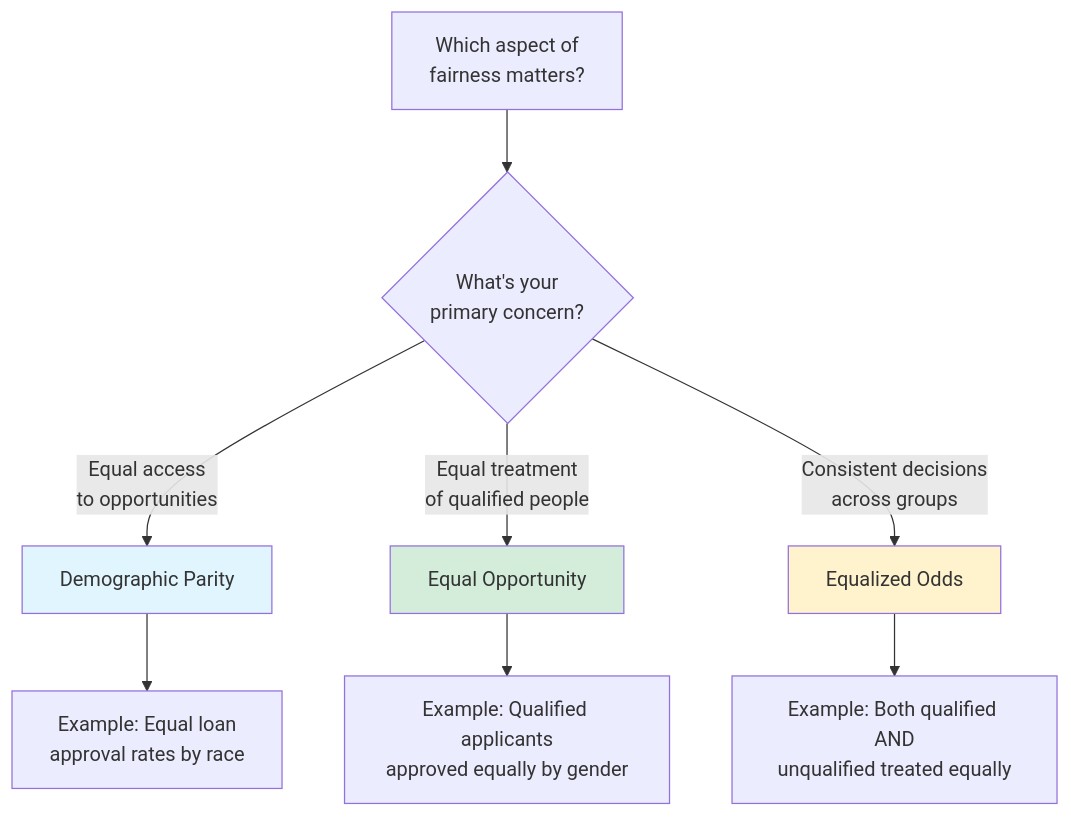
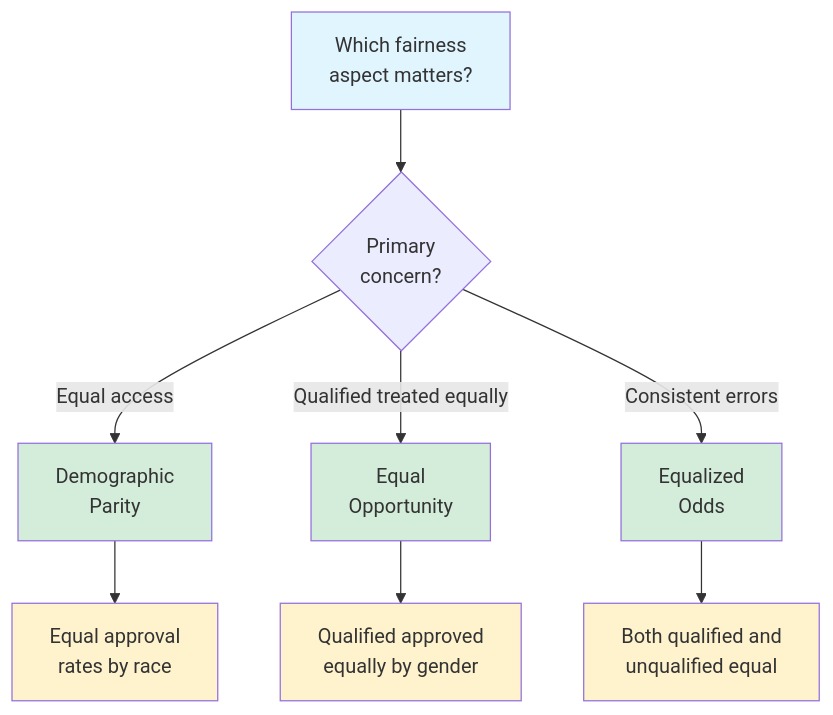
Before and after one commit to asibic/glassalpha: the first of 3 diagrams in site/docs/guides/fairness-101.md, drawn with Mermaid. The commit also changed other lines of this file and 14 other files, not shown here.

````diff
--- a/site/docs/guides/fairness-101.md
+++ b/site/docs/guides/fairness-101.md
@@ -19,16 +19,21 @@
 ```mermaid
 graph TB
-    Start[Which aspect of<br/>fairness matters?] --> Concern{What's your<br/>primary concern?}
+    Start[Which fairness<br/>aspect matters?]
+    Start --> Concern{Primary<br/>concern?}
 
-    Concern -->|Equal access<br/>to opportunities| DP[Demographic Parity]
-    Concern -->|Equal treatment<br/>of qualified people| EO[Equal Opportunity]
-    Concern -->|Consistent decisions<br/>across groups| EOdds[Equalized Odds]
+    Concern -->|Equal access| DP[Demographic<br/>Parity]
+    Concern -->|Qualified treated equally| EO[Equal<br/>Opportunity]
+    Concern -->|Consistent errors| EOdds[Equalized<br/>Odds]
 
-    DP --> DPEx[Example: Equal loan<br/>approval rates by race]
-    EO --> EOEx[Example: Qualified applicants<br/>approved equally by gender]
-    EOdds --> EOddsEx[Example: Both qualified AND<br/>unqualified treated equally]
+    DP --> DPEx[Equal approval<br/>rates by race]
+    EO --> EOEx[Qualified approved<br/>equally by gender]
+    EOdds --> EOddsEx[Both qualified and<br/>unqualified equal]
 
-    style DP fill:#e1f5ff
+    style Start fill:#e1f5ff
+    style DP fill:#d4edda
     style EO fill:#d4edda
-    style EOdds fill:#fff3cd
+    style EOdds fill:#d4edda
+    style DPEx fill:#fff3cd
+    style EOEx fill:#fff3cd
+    style EOddsEx fill:#fff3cd
 ```
````
